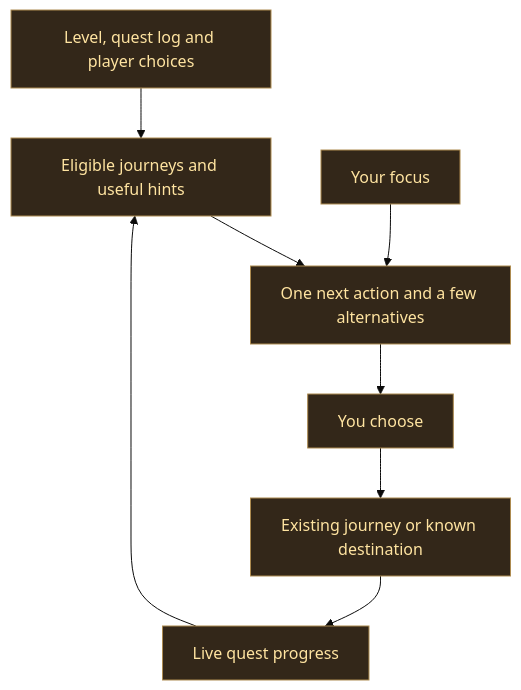
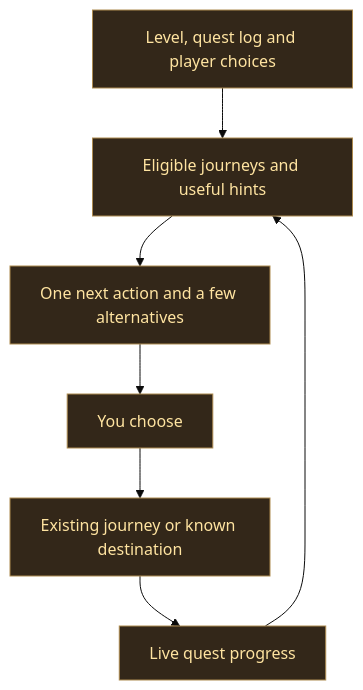
The diagram in docs/guidance-roadmap.md (cjber/adventure-guide-forever), drawn with Mermaid (base theme) before and after one commit. The commit also changed other lines of this file and 88 other files, not shown here.

````diff
--- a/docs/guidance-roadmap.md
+++ b/docs/guidance-roadmap.md
@@ -5,12 +5,11 @@
 ```mermaid
 flowchart TB
   Player[Level, quest log and player choices] --> Offers[Eligible journeys and useful hints]
   Offers --> Next[One next action and a few alternatives]
-  Focus[Your focus] --> Next
   Next --> Choice[You choose]
   Choice --> Route[Existing journey or known destination]
   Route --> Progress[Live quest progress]
   Progress --> Offers
   classDef guide fill:#332719,color:#ffe4a1,stroke:#ad8b50;
-  class Player,Offers,Next,Focus,Choice,Route,Progress guide;
+  class Player,Offers,Next,Choice,Route,Progress guide;
 ```
````
